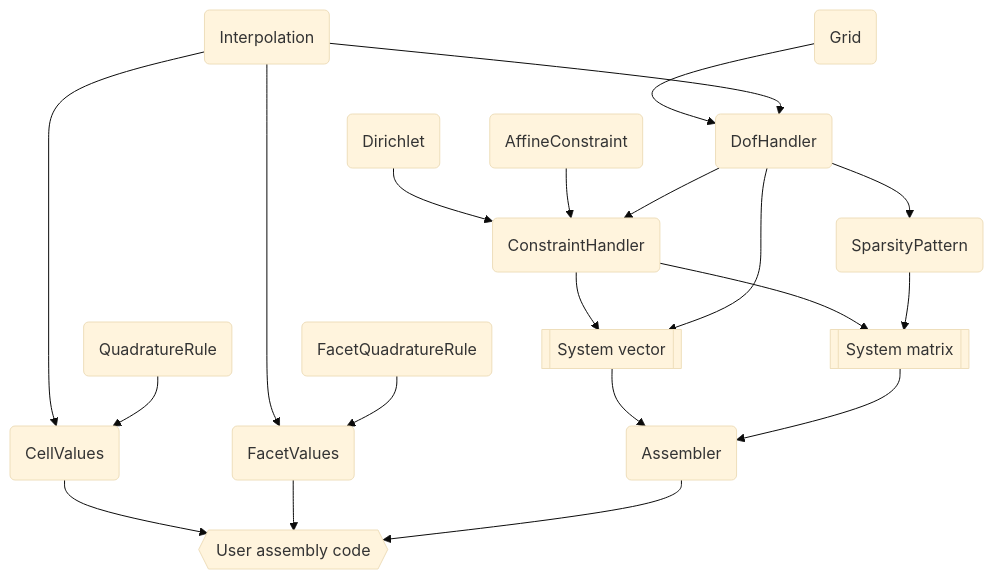
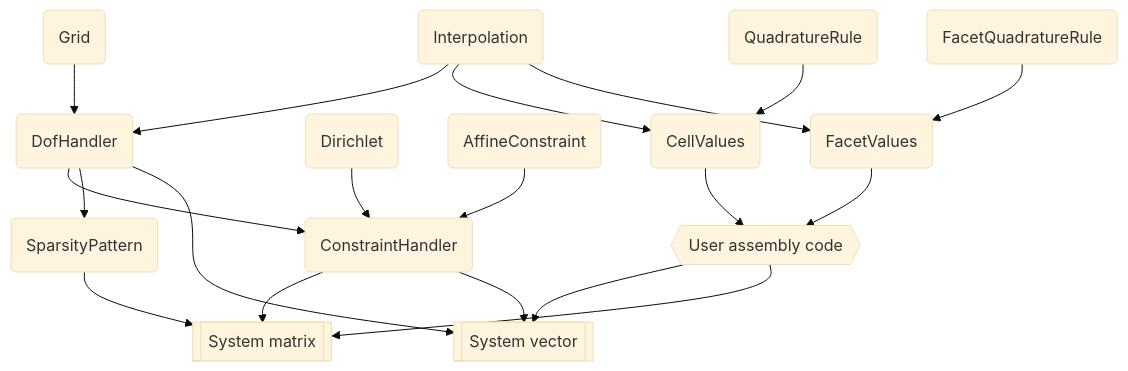
One commit to Ferrite-FEM/Ferrite.jl changed the diagram in docs/src/index.md. Above: the diagram before and after it, drawn with Mermaid (base theme).

Commit message:
Proposal B

````diff
--- a/docs/src/index.md
+++ b/docs/src/index.md
@@ -66,37 +66,35 @@
 ```mermaid
 flowchart TD
     gridtype(Grid)
     dhtype(DofHandler)
     chtype(ConstraintHandler)
     dirichlettype(Dirichlet)
     affinetype(AffineConstraint)
     iptype(Interpolation)
     qrtype(QuadratureRule)
     fqrtype(FacetQuadratureRule)
     cvtype(CellValues)
     fvtype(FacetValues)
     sptype(SparsityPattern)
     mattype[[System matrix]]
     vectype[[System vector]]
-    assemblertype(Assembler)
     assemblycode{{User assembly code}}
     gridtype-->dhtype
     iptype-->dhtype
     dirichlettype-->chtype
     affinetype-->chtype
     dhtype-->chtype
     iptype-->cvtype
     qrtype-->cvtype
     iptype-->fvtype
     fqrtype-->fvtype
     dhtype-->sptype
     chtype-->mattype
     sptype-->mattype
     chtype-->vectype
     dhtype-->vectype
-    vectype-->assemblertype
-    mattype-->assemblertype
     cvtype-->assemblycode
     fvtype-->assemblycode
-    assemblertype-->assemblycode
+    assemblycode-->vectype
+    assemblycode-->mattype
 ```
````
